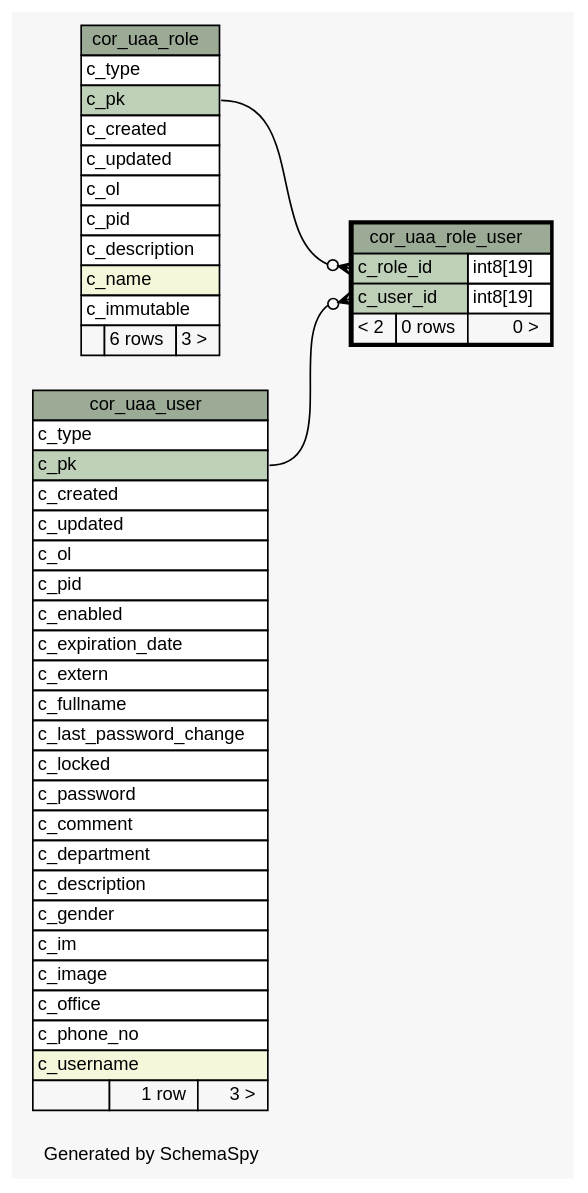
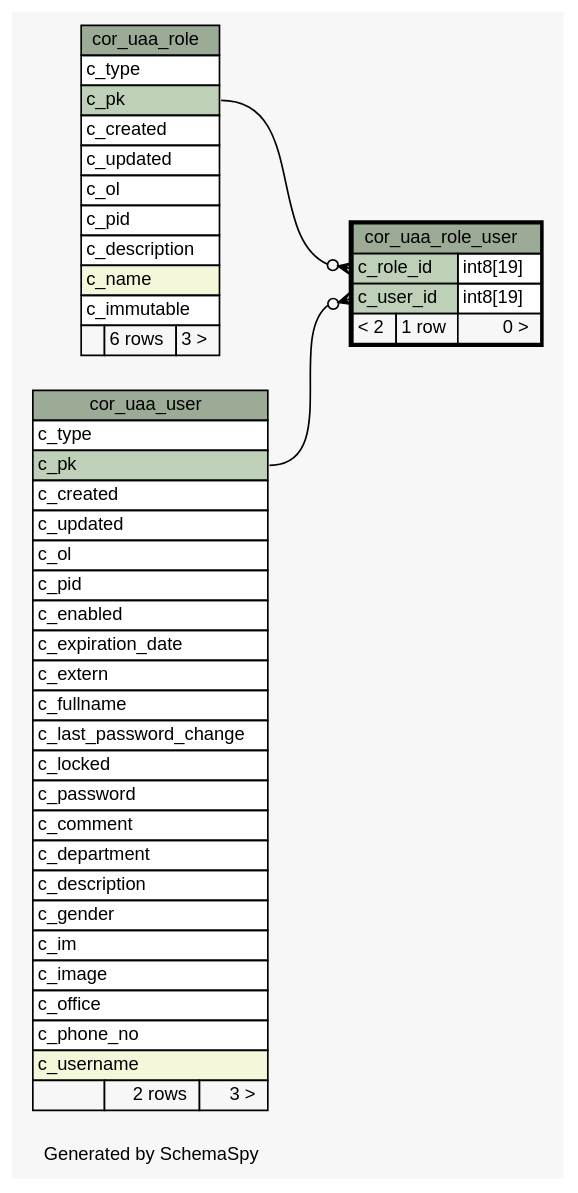
Before and after one commit to openwms/org.openwms.core.uaa: the diagram in 1.1.0-SNAPSHOT/schemaspy/diagrams/cor_uaa_role_user.1degree.dot, drawn with Graphviz. The commit also changed 230 other files, not shown here.

```diff
--- a/1.1.0-SNAPSHOT/schemaspy/diagrams/cor_uaa_role_user.1degree.dot
+++ b/1.1.0-SNAPSHOT/schemaspy/diagrams/cor_uaa_role_user.1degree.dot
@@ -1,84 +1,84 @@
 // dot 2.43.0 on Linux 5.8.0-1033-azure
 // SchemaSpy rev Unknown
 digraph "oneDegreeRelationshipsDiagram" {
   graph [
     rankdir="RL"
     bgcolor="#f7f7f7"
     label="\nGenerated by SchemaSpy"
     labeljust="l"
     nodesep="0.18"
     ranksep="0.46"
     fontname="Helvetica"
     fontsize="11"
   ];
   node [
     fontname="Helvetica"
     fontsize="11"
     shape="plaintext"
   ];
   edge [
     arrowsize="0.8"
   ];
   "cor_uaa_role_user":"c_role_id":w -> "cor_uaa_role":"c_pk":e [arrowhead=none dir=back arrowtail=crowodot];
   "cor_uaa_role_user":"c_user_id":w -> "cor_uaa_user":"c_pk":e [arrowhead=none dir=back arrowtail=crowodot];
   "cor_uaa_role" [
     label=<
     <TABLE BORDER="0" CELLBORDER="1" CELLSPACING="0" BGCOLOR="#ffffff">
       <TR><TD COLSPAN="3" BGCOLOR="#9bab96" ALIGN="CENTER">cor_uaa_role</TD></TR>
       <TR><TD PORT="c_type" COLSPAN="3" ALIGN="LEFT">c_type</TD></TR>
       <TR><TD PORT="c_pk" COLSPAN="3" BGCOLOR="#bed1b8" ALIGN="LEFT">c_pk</TD></TR>
       <TR><TD PORT="c_created" COLSPAN="3" ALIGN="LEFT">c_created</TD></TR>
       <TR><TD PORT="c_updated" COLSPAN="3" ALIGN="LEFT">c_updated</TD></TR>
       <TR><TD PORT="c_ol" COLSPAN="3" ALIGN="LEFT">c_ol</TD></TR>
       <TR><TD PORT="c_pid" COLSPAN="3" ALIGN="LEFT">c_pid</TD></TR>
       <TR><TD PORT="c_description" COLSPAN="3" ALIGN="LEFT">c_description</TD></TR>
       <TR><TD PORT="c_name" COLSPAN="3" BGCOLOR="#f4f7da" ALIGN="LEFT">c_name</TD></TR>
       <TR><TD PORT="c_immutable" COLSPAN="3" ALIGN="LEFT">c_immutable</TD></TR>
       <TR><TD ALIGN="LEFT" BGCOLOR="#f7f7f7">  </TD><TD ALIGN="RIGHT" BGCOLOR="#f7f7f7">6 rows</TD><TD ALIGN="RIGHT" BGCOLOR="#f7f7f7">3 &gt;</TD></TR>
     </TABLE>>
     URL="cor_uaa_role.html"
     tooltip="cor_uaa_role"
   ];
   "cor_uaa_role_user" [
     label=<
     <TABLE BORDER="2" CELLBORDER="1" CELLSPACING="0" BGCOLOR="#ffffff">
       <TR><TD COLSPAN="3" BGCOLOR="#9bab96" ALIGN="CENTER">cor_uaa_role_user</TD></TR>
       <TR><TD PORT="c_role_id" COLSPAN="2" BGCOLOR="#bed1b8" ALIGN="LEFT">c_role_id</TD><TD PORT="c_role_id.type" ALIGN="LEFT">int8[19]</TD></TR>
       <TR><TD PORT="c_user_id" COLSPAN="2" BGCOLOR="#bed1b8" ALIGN="LEFT">c_user_id</TD><TD PORT="c_user_id.type" ALIGN="LEFT">int8[19]</TD></TR>
-      <TR><TD ALIGN="LEFT" BGCOLOR="#f7f7f7">&lt; 2</TD><TD ALIGN="RIGHT" BGCOLOR="#f7f7f7">0 rows</TD><TD ALIGN="RIGHT" BGCOLOR="#f7f7f7">0 &gt;</TD></TR>
+      <TR><TD ALIGN="LEFT" BGCOLOR="#f7f7f7">&lt; 2</TD><TD ALIGN="RIGHT" BGCOLOR="#f7f7f7">1 row</TD><TD ALIGN="RIGHT" BGCOLOR="#f7f7f7">0 &gt;</TD></TR>
     </TABLE>>
     URL="cor_uaa_role_user.html"
     tooltip="cor_uaa_role_user"
   ];
   "cor_uaa_user" [
     label=<
     <TABLE BORDER="0" CELLBORDER="1" CELLSPACING="0" BGCOLOR="#ffffff">
       <TR><TD COLSPAN="3" BGCOLOR="#9bab96" ALIGN="CENTER">cor_uaa_user</TD></TR>
       <TR><TD PORT="c_type" COLSPAN="3" ALIGN="LEFT">c_type</TD></TR>
       <TR><TD PORT="c_pk" COLSPAN="3" BGCOLOR="#bed1b8" ALIGN="LEFT">c_pk</TD></TR>
       <TR><TD PORT="c_created" COLSPAN="3" ALIGN="LEFT">c_created</TD></TR>
       <TR><TD PORT="c_updated" COLSPAN="3" ALIGN="LEFT">c_updated</TD></TR>
       <TR><TD PORT="c_ol" COLSPAN="3" ALIGN="LEFT">c_ol</TD></TR>
       <TR><TD PORT="c_pid" COLSPAN="3" ALIGN="LEFT">c_pid</TD></TR>
       <TR><TD PORT="c_enabled" COLSPAN="3" ALIGN="LEFT">c_enabled</TD></TR>
       <TR><TD PORT="c_expiration_date" COLSPAN="3" ALIGN="LEFT">c_expiration_date</TD></TR>
       <TR><TD PORT="c_extern" COLSPAN="3" ALIGN="LEFT">c_extern</TD></TR>
       <TR><TD PORT="c_fullname" COLSPAN="3" ALIGN="LEFT">c_fullname</TD></TR>
       <TR><TD PORT="c_last_password_change" COLSPAN="3" ALIGN="LEFT">c_last_password_change</TD></TR>
       <TR><TD PORT="c_locked" COLSPAN="3" ALIGN="LEFT">c_locked</TD></TR>
       <TR><TD PORT="c_password" COLSPAN="3" ALIGN="LEFT">c_password</TD></TR>
       <TR><TD PORT="c_comment" COLSPAN="3" ALIGN="LEFT">c_comment</TD></TR>
       <TR><TD PORT="c_department" COLSPAN="3" ALIGN="LEFT">c_department</TD></TR>
       <TR><TD PORT="c_description" COLSPAN="3" ALIGN="LEFT">c_description</TD></TR>
       <TR><TD PORT="c_gender" COLSPAN="3" ALIGN="LEFT">c_gender</TD></TR>
       <TR><TD PORT="c_im" COLSPAN="3" ALIGN="LEFT">c_im</TD></TR>
       <TR><TD PORT="c_image" COLSPAN="3" ALIGN="LEFT">c_image</TD></TR>
       <TR><TD PORT="c_office" COLSPAN="3" ALIGN="LEFT">c_office</TD></TR>
       <TR><TD PORT="c_phone_no" COLSPAN="3" ALIGN="LEFT">c_phone_no</TD></TR>
       <TR><TD PORT="c_username" COLSPAN="3" BGCOLOR="#f4f7da" ALIGN="LEFT">c_username</TD></TR>
-      <TR><TD ALIGN="LEFT" BGCOLOR="#f7f7f7">  </TD><TD ALIGN="RIGHT" BGCOLOR="#f7f7f7">1 row</TD><TD ALIGN="RIGHT" BGCOLOR="#f7f7f7">3 &gt;</TD></TR>
+      <TR><TD ALIGN="LEFT" BGCOLOR="#f7f7f7">  </TD><TD ALIGN="RIGHT" BGCOLOR="#f7f7f7">2 rows</TD><TD ALIGN="RIGHT" BGCOLOR="#f7f7f7">3 &gt;</TD></TR>
     </TABLE>>
     URL="cor_uaa_user.html"
     tooltip="cor_uaa_user"
   ];
 }
```
